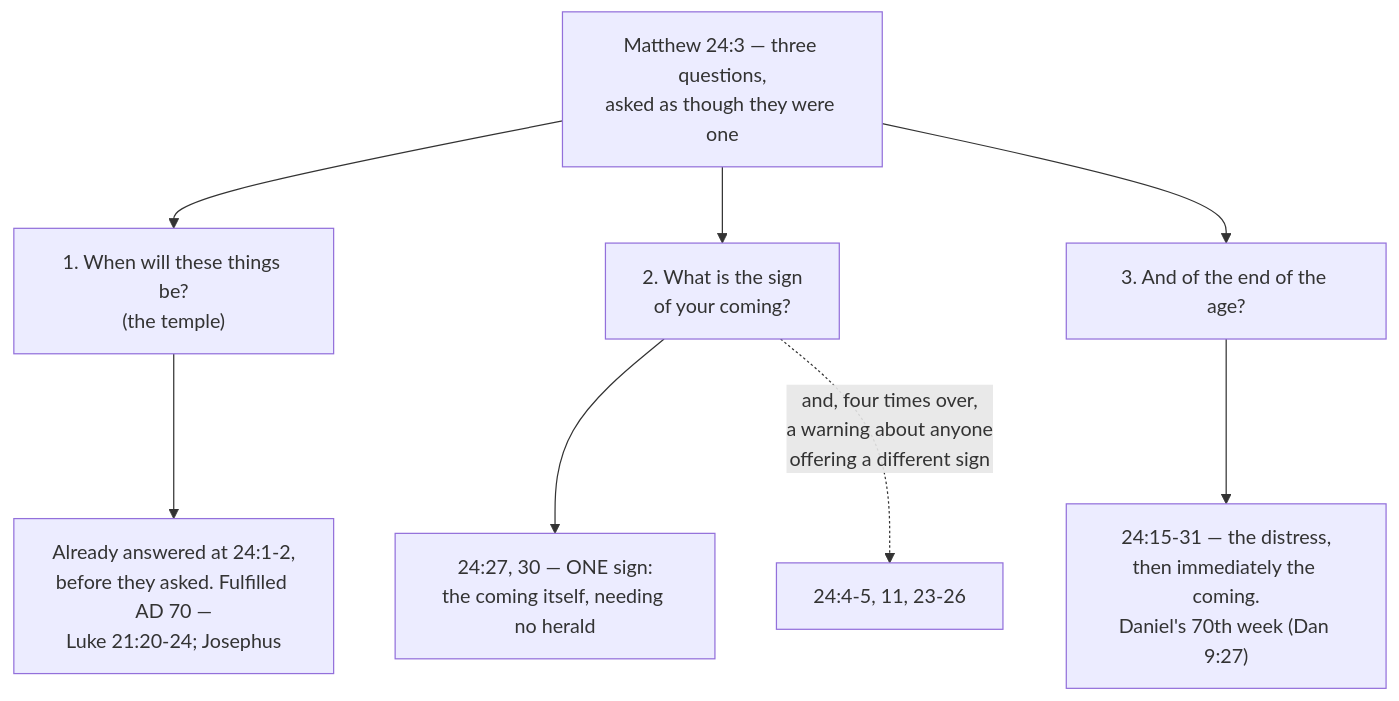
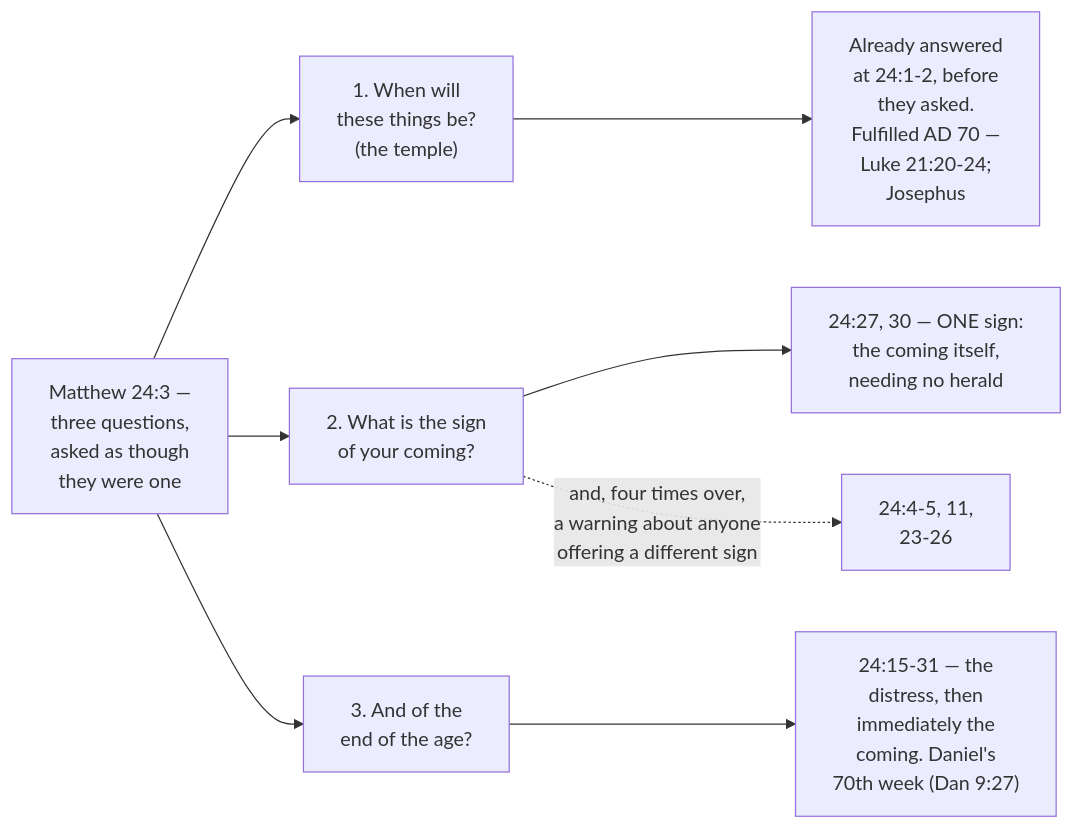
The first of 6 diagrams in docs/content/last-things/olivet-discourse.md (ding0t/bible_studies), drawn with Mermaid before and after one commit. The commit also changed other lines of this file and 8 other files, not shown here.

````diff
--- a/docs/content/last-things/olivet-discourse.md
+++ b/docs/content/last-things/olivet-discourse.md
@@ -111,11 +111,11 @@
 ```mermaid
-flowchart TD
-    Q["Matthew 24:3 — three questions,<br/>asked as though they were one"]
-    Q --> Q1["1. When will these things be?<br/>(the temple)"]
+flowchart LR
+    Q["Matthew 24:3 —<br/>three questions,<br/>asked as though<br/>they were one"]
+    Q --> Q1["1. When will<br/>these things be?<br/>(the temple)"]
+    Q1 --> A1["Already answered<br/>at 24:1-2, before<br/>they asked.<br/>Fulfilled AD 70 —<br/>Luke 21:20-24;<br/>Josephus"]
     Q --> Q2["2. What is the sign<br/>of your coming?"]
-    Q --> Q3["3. And of the end of the age?"]
-    Q1 --> A1["Already answered at 24:1-2,<br/>before they asked. Fulfilled AD 70 —<br/>Luke 21:20-24; Josephus"]
-    Q2 --> A2["24:27, 30 — ONE sign:<br/>the coming itself, needing no herald"]
-    Q3 --> A3["24:15-31 — the distress,<br/>then immediately the coming.<br/>Daniel's 70th week (Dan 9:27)"]
-    Q2 -.->|"and, four times over,<br/>a warning about anyone<br/>offering a different sign"| D["24:4-5, 11, 23-26"]
+    Q2 --> A2["24:27, 30 — ONE sign:<br/>the coming itself,<br/>needing no herald"]
+    Q --> Q3["3. And of the<br/>end of the age?"]
+    Q3 --> A3["24:15-31 — the<br/>distress, then<br/>immediately the<br/>coming. Daniel's<br/>70th week (Dan 9:27)"]
+    Q2 -.->|"and, four times over,<br/>a warning about anyone<br/>offering a different sign"| D["24:4-5, 11,<br/>23-26"]
 ```
````
